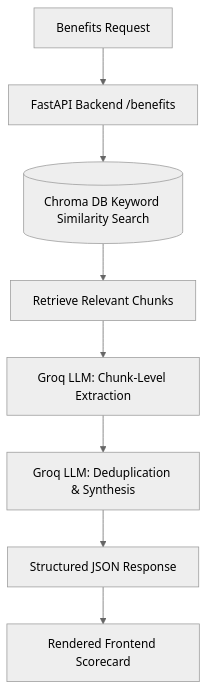
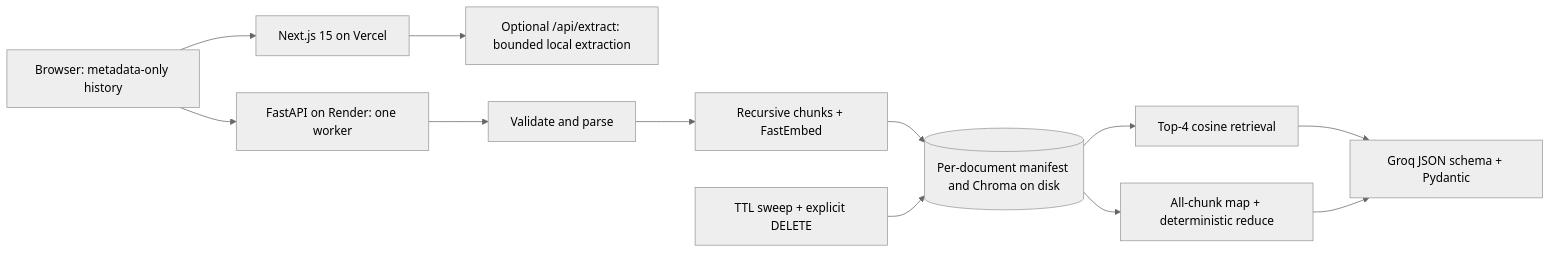
Before and after one commit to ISHAN12369/contractup: the diagram in README.md, drawn with Mermaid (neutral theme). The commit also changed other lines of this file and 58 other files, not shown here.

````diff
--- a/README.md
+++ b/README.md
@@ -115,10 +19,14 @@
 ```mermaid
-graph TD
-    A[Benefits Request] --> B[FastAPI Backend /benefits]
-    B --> C[(Chroma DB Keyword Similarity Search)]
-    C --> D[Retrieve Relevant Chunks]
-    D --> E[Groq LLM: Chunk-Level Extraction]
-    E --> F[Groq LLM: Deduplication & Synthesis]
-    F --> G[Structured JSON Response]
-    G --> H[Rendered Frontend Scorecard]
+flowchart LR
+  B[Browser: metadata-only history] --> N[Next.js 15 on Vercel]
+  B --> A[FastAPI on Render: one worker]
+  N --> X[Optional /api/extract: bounded local extraction]
+  A --> P[Validate and parse]
+  P --> C[Recursive chunks + FastEmbed]
+  C --> D[(Per-document manifest and Chroma on disk)]
+  D --> Q[Top-4 cosine retrieval]
+  D --> M[All-chunk map + deterministic reduce]
+  Q --> G[Groq JSON schema + Pydantic]
+  M --> G
+  T[TTL sweep + explicit DELETE] --> D
 ```
````
